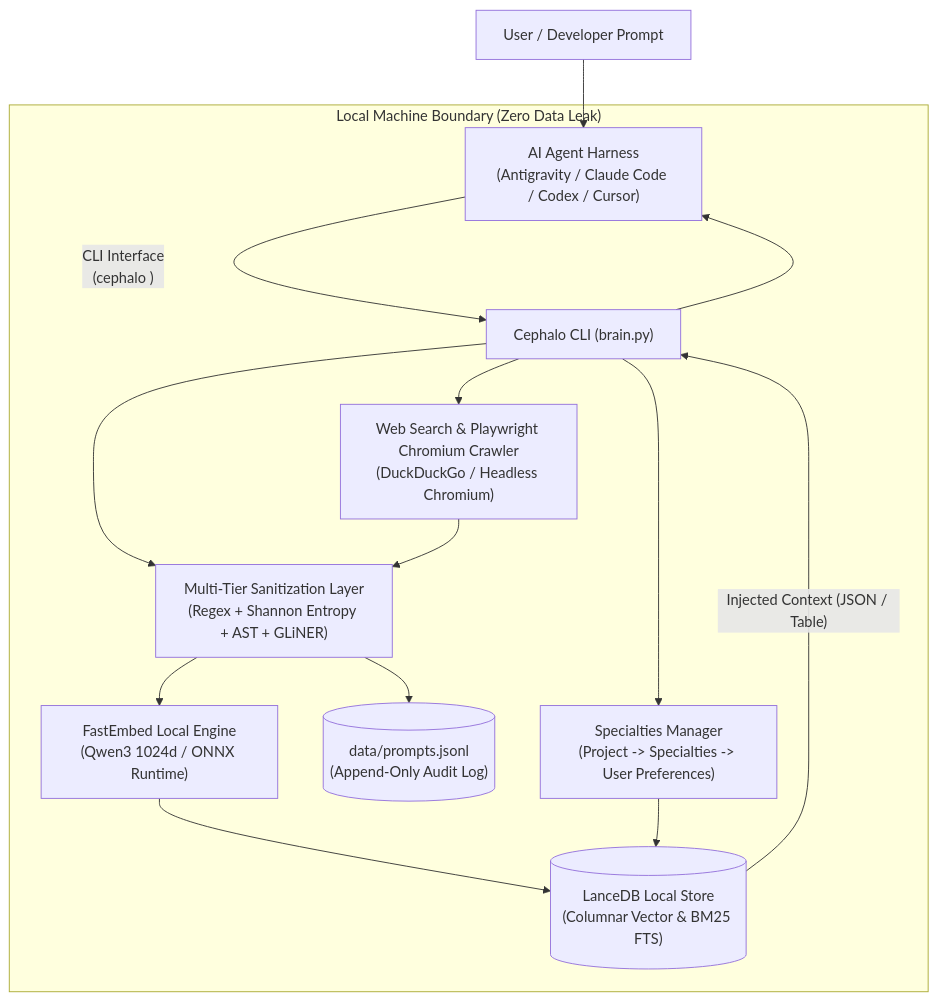
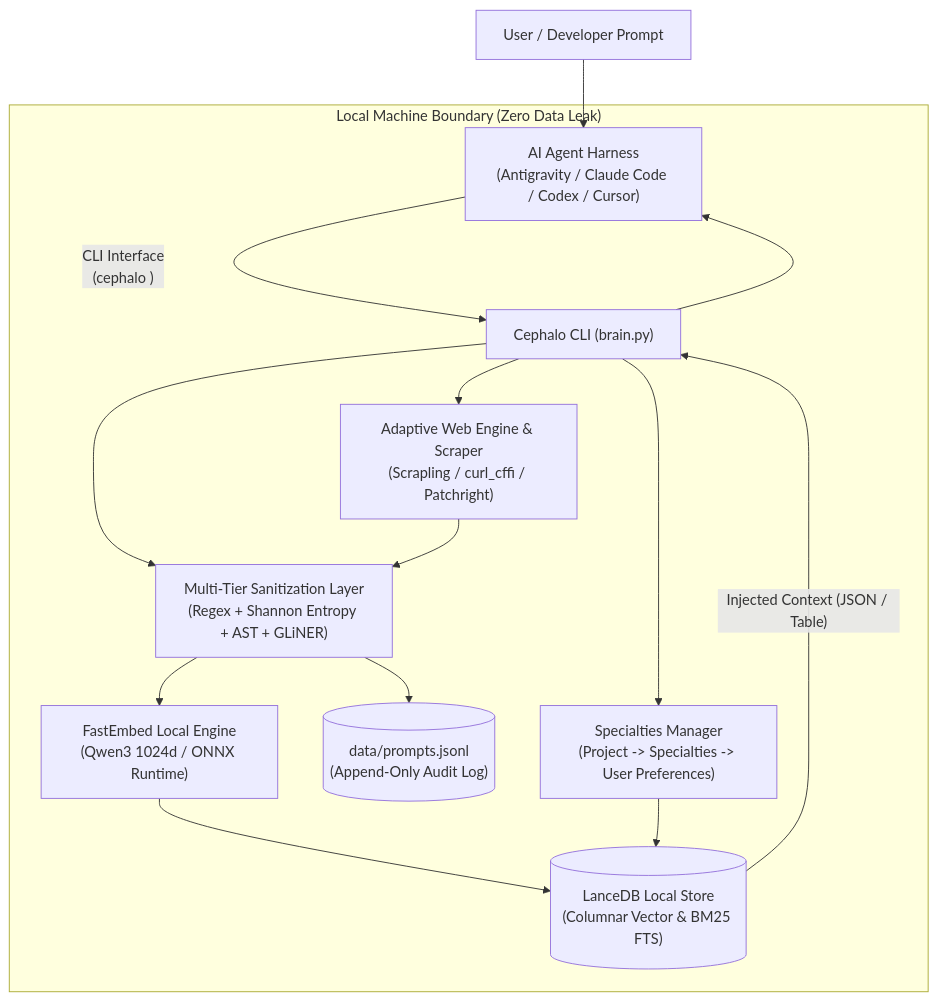
One commit to LaptopKing/Cephalo changed the second of 2 diagrams in README.md. Above: the diagram before and after it, drawn with Mermaid. The commit also changed other lines of this file, not shown here.

````diff
--- a/README.md
+++ b/README.md
@@ -240,23 +240,23 @@
 ```mermaid
 flowchart TD
     User["User / Developer Prompt"] --> Agent["AI Agent Harness\n(Antigravity / Claude Code / Codex / Cursor)"]
     
     subgraph LocalSystem ["Local Machine Boundary (Zero Data Leak)"]
         Agent -->|"CLI Interface\n(cephalo <command>)"| CLI["Cephalo CLI (brain.py)"]
         
         CLI --> Sanitizer["Multi-Tier Sanitization Layer\n(Regex + Shannon Entropy + AST + GLiNER)"]
         
         Sanitizer --> FastEmbed["FastEmbed Local Engine\n(Qwen3 1024d / ONNX Runtime)"]
         Sanitizer --> PromptsLog[("data/prompts.jsonl\n(Append-Only Audit Log)")]
         
         FastEmbed --> LanceDB[("LanceDB Local Store\n(Columnar Vector & BM25 FTS)")]
         
-        CLI --> WebCrawler["Web Search & Playwright Chromium Crawler\n(DuckDuckGo / Headless Chromium)"]
+        CLI --> WebCrawler["Adaptive Web Engine & Scraper\n(Scrapling / curl_cffi / Patchright)"]
         WebCrawler --> Sanitizer
         
         CLI --> Specialties["Specialties Manager\n(Project -> Specialties -> User Preferences)"]
         Specialties --> LanceDB
     end
     
     LanceDB -->|"Injected Context (JSON / Table)"| CLI --> Agent
 ```
````
